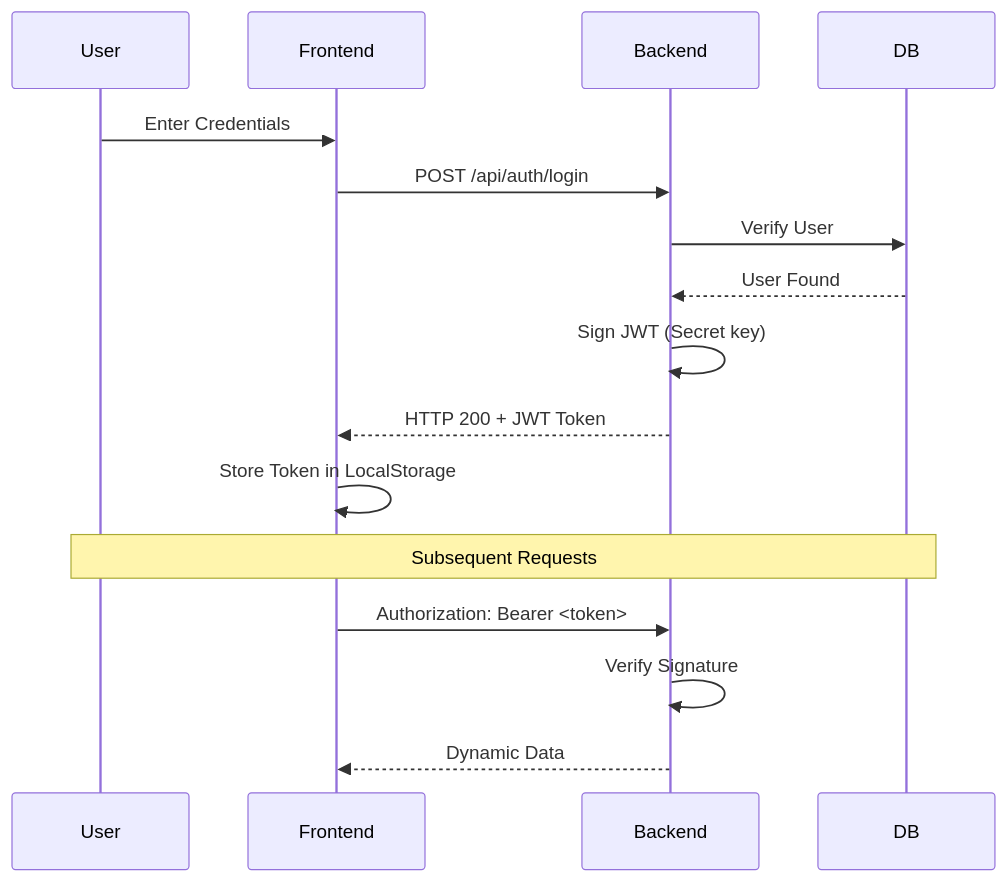
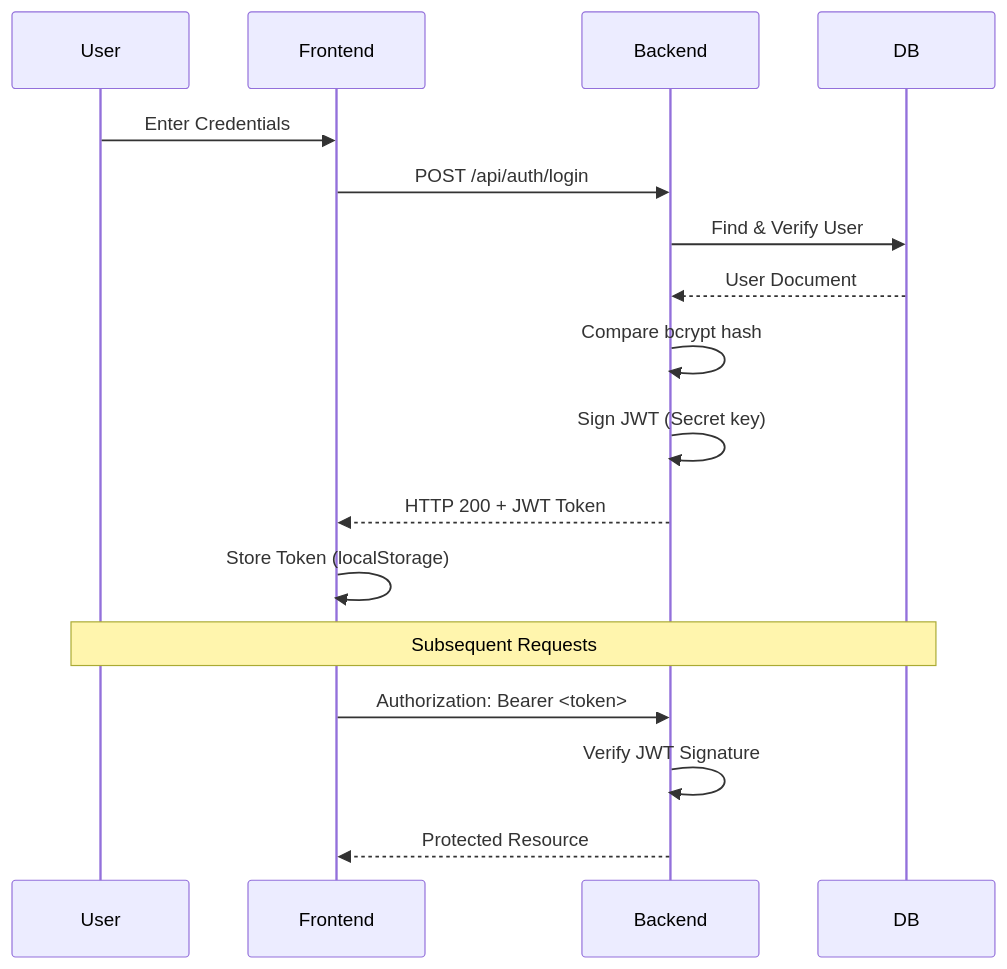
Before and after one commit to RanaVinit/novus: the second of 3 diagrams in README.md, drawn with Mermaid. The commit also changed other lines of this file and 2 other files, not shown here.

````diff
--- a/README.md
+++ b/README.md
@@ -49,19 +99,20 @@
 ```mermaid
 sequenceDiagram
     participant User
     participant Frontend
     participant Backend
     participant DB
 
     User->>Frontend: Enter Credentials
     Frontend->>Backend: POST /api/auth/login
-    Backend->>DB: Verify User
-    DB-->>Backend: User Found
+    Backend->>DB: Find & Verify User
+    DB-->>Backend: User Document
+    Backend->>Backend: Compare bcrypt hash
     Backend->>Backend: Sign JWT (Secret key)
     Backend-->>Frontend: HTTP 200 + JWT Token
-    Frontend->>Frontend: Store Token in LocalStorage
+    Frontend->>Frontend: Store Token (localStorage)
     Note over User,DB: Subsequent Requests
     Frontend->>Backend: Authorization: Bearer <token>
-    Backend->>Backend: Verify Signature
-    Backend-->>Frontend: Dynamic Data
+    Backend->>Backend: Verify JWT Signature
+    Backend-->>Frontend: Protected Resource
 ```
````
